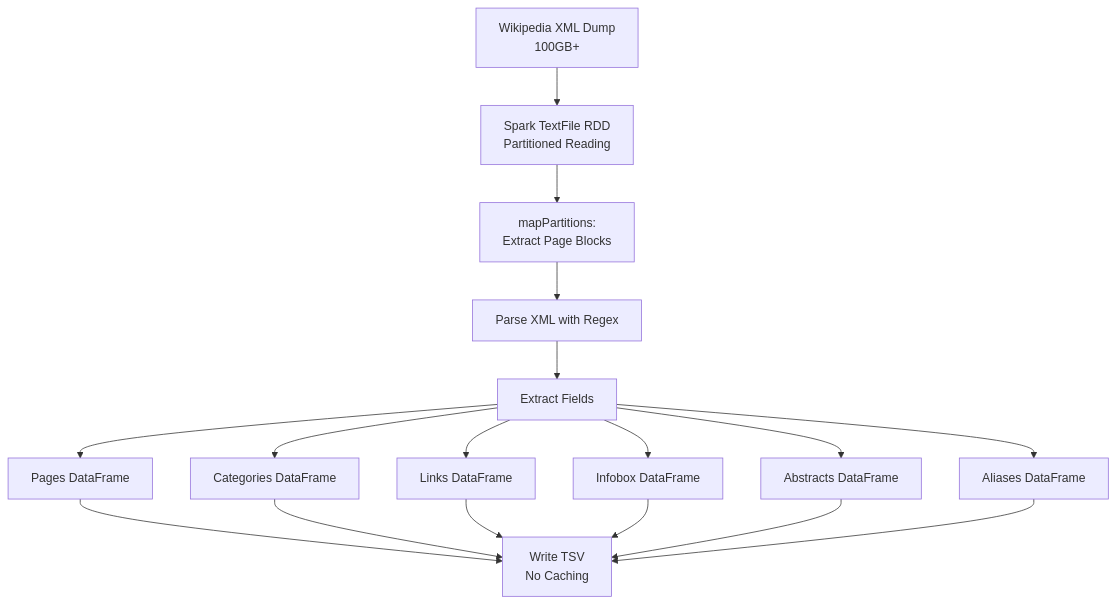
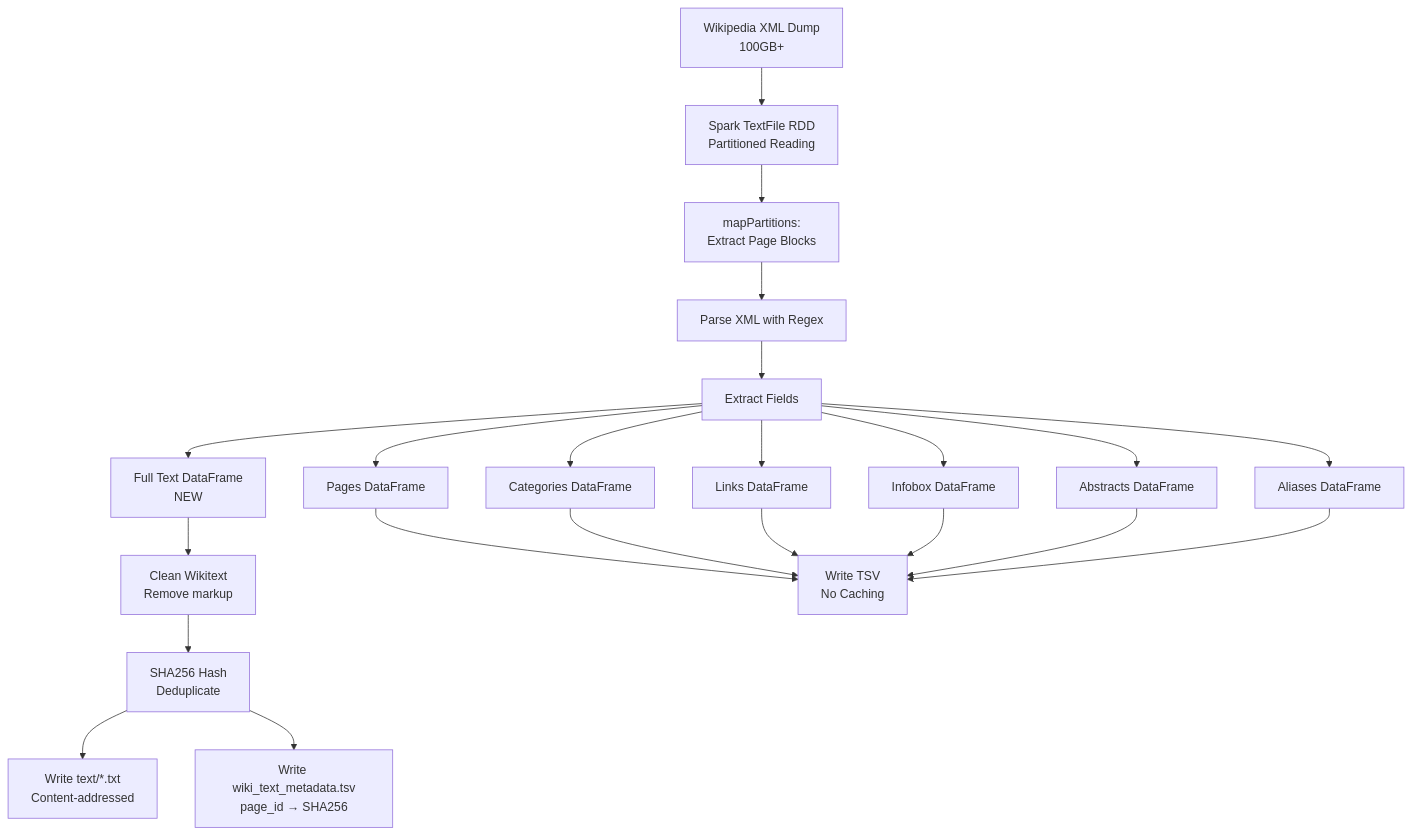
One commit to andrejvysny/fiit-vinf changed the diagram in WIKI_EXTRACTION.md. Above: the diagram before and after it, drawn with Mermaid. The commit also changed other lines of this file and 24 other files, not shown here.

````diff
--- a/WIKI_EXTRACTION.md
+++ b/WIKI_EXTRACTION.md
@@ -142,21 +157,27 @@
 ```mermaid
 flowchart TD
     A[Wikipedia XML Dump<br/>100GB+] --> B[Spark TextFile RDD<br/>Partitioned Reading]
     B --> C[mapPartitions:<br/>Extract Page Blocks]
     C --> D[Parse XML with Regex]
     D --> E[Extract Fields]
 
     E --> F[Pages DataFrame]
     E --> G[Categories DataFrame]
     E --> H[Links DataFrame]
     E --> I[Infobox DataFrame]
     E --> J[Abstracts DataFrame]
     E --> K[Aliases DataFrame]
+    E --> M[Full Text DataFrame<br/>NEW]
+
+    M --> N[Clean Wikitext<br/>Remove markup]
+    N --> O[SHA256 Hash<br/>Deduplicate]
+    O --> P[Write text/*.txt<br/>Content-addressed]
+    O --> Q[Write wiki_text_metadata.tsv<br/>page_id → SHA256]
 
     F --> L[Write TSV<br/>No Caching]
     G --> L
     H --> L
     I --> L
     J --> L
     K --> L
 ```
````
